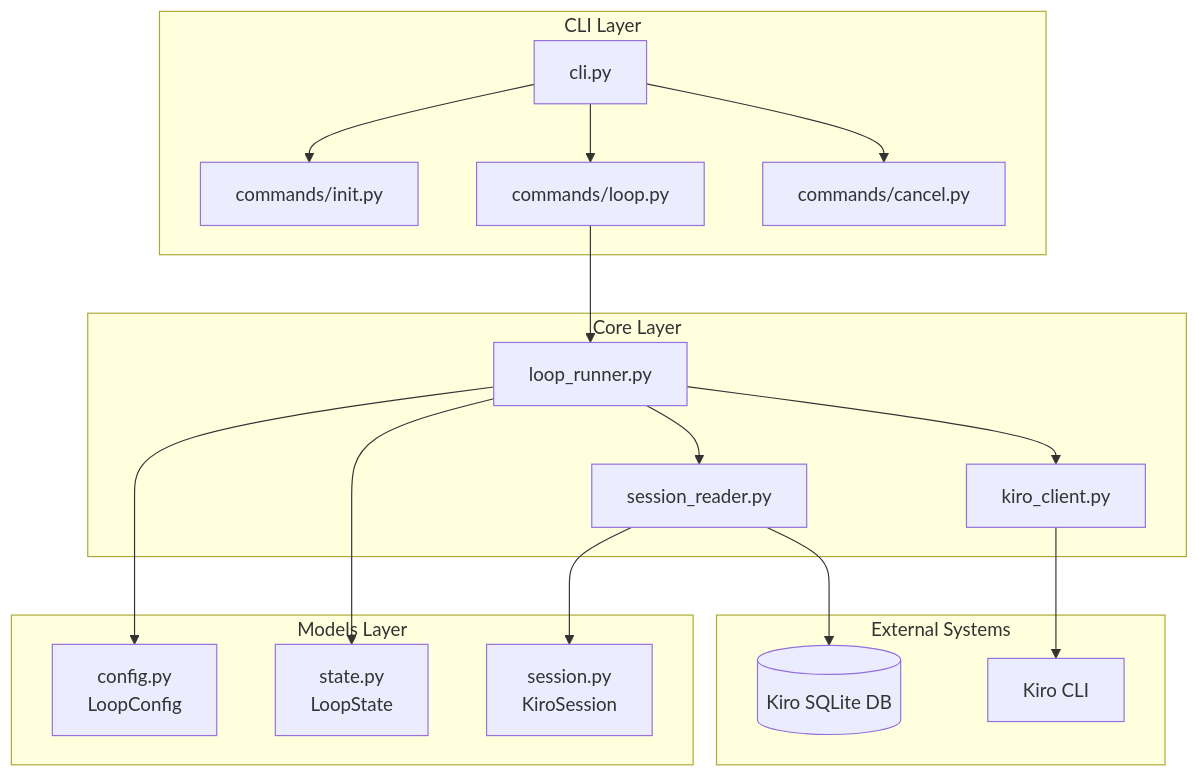
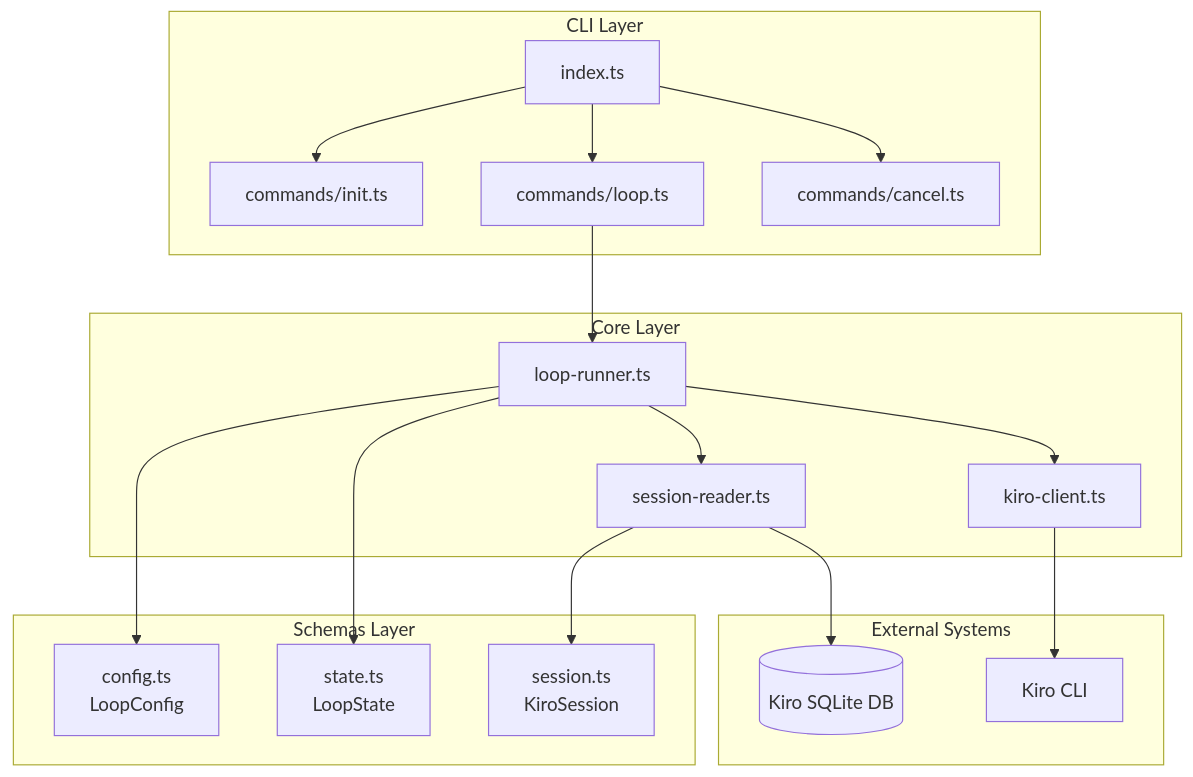
One commit to theagenticguy/ralph-for-kiro changed the second of 4 diagrams in README.md. Above: the diagram before and after it, drawn with Mermaid. The commit also changed other lines of this file and 51 other files, not shown here.

````diff
--- a/README.md
+++ b/README.md
@@ -88,34 +98,34 @@
 ```mermaid
 graph TB
     subgraph CLI["CLI Layer"]
-        A[cli.py] --> B[commands/init.py]
-        A --> C[commands/loop.py]
-        A --> D[commands/cancel.py]
+        A[index.ts] --> B[commands/init.ts]
+        A --> C[commands/loop.ts]
+        A --> D[commands/cancel.ts]
     end
 
     subgraph Core["Core Layer"]
-        E[loop_runner.py]
-        F[kiro_client.py]
-        G[session_reader.py]
+        E[loop-runner.ts]
+        F[kiro-client.ts]
+        G[session-reader.ts]
     end
 
-    subgraph Models["Models Layer"]
-        H[config.py<br/>LoopConfig]
-        I[state.py<br/>LoopState]
-        J[session.py<br/>KiroSession]
+    subgraph Schemas["Schemas Layer"]
+        H[config.ts<br/>LoopConfig]
+        I[state.ts<br/>LoopState]
+        J[session.ts<br/>KiroSession]
     end
 
     subgraph External["External Systems"]
         K[(Kiro SQLite DB)]
         L[Kiro CLI]
     end
 
     C --> E
     E --> F
     E --> G
     E --> H
     E --> I
     G --> J
     G --> K
     F --> L
 ```
````
